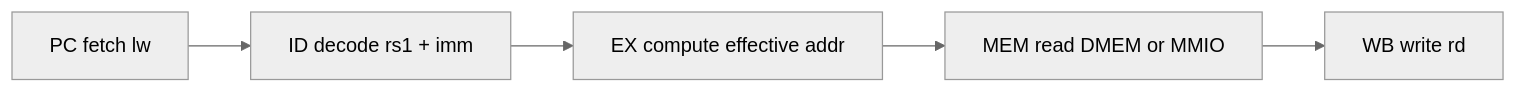
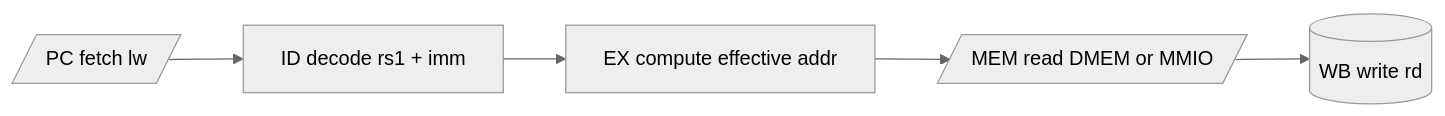
One commit to ngoquocan139/AES_huffman_all6 changed the second of 3 diagrams in docs/rv32i_instruction_mem_to_pipeline_flow_spec.md. Above: the diagram before and after it, drawn with Mermaid (neutral theme). The commit also changed other lines of this file and 28 other files, not shown here.

````diff
--- a/docs/rv32i_instruction_mem_to_pipeline_flow_spec.md
+++ b/docs/rv32i_instruction_mem_to_pipeline_flow_spec.md
@@ -365,7 +365,7 @@
 ```mermaid
 flowchart LR
-  A["PC fetch lw"] --> B["ID decode rs1 + imm"]
+  A[/"PC fetch lw"/] --> B["ID decode rs1 + imm"]
   B --> C["EX compute effective addr"]
-  C --> D["MEM read DMEM or MMIO"]
-  D --> E["WB write rd"]
+  C --> D[/"MEM read DMEM or MMIO"/]
+  D --> E[("WB write rd")]
 ```
````
